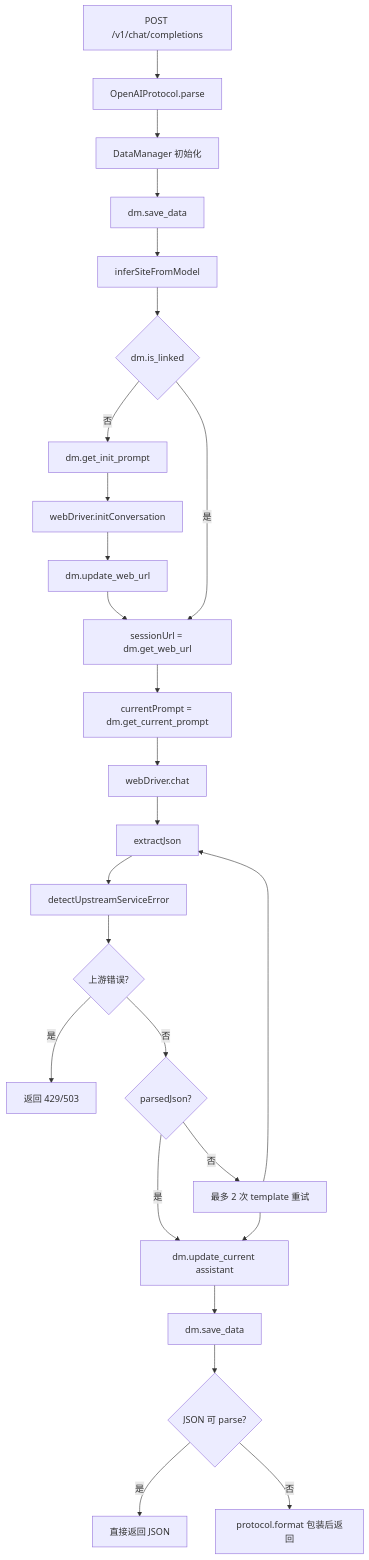
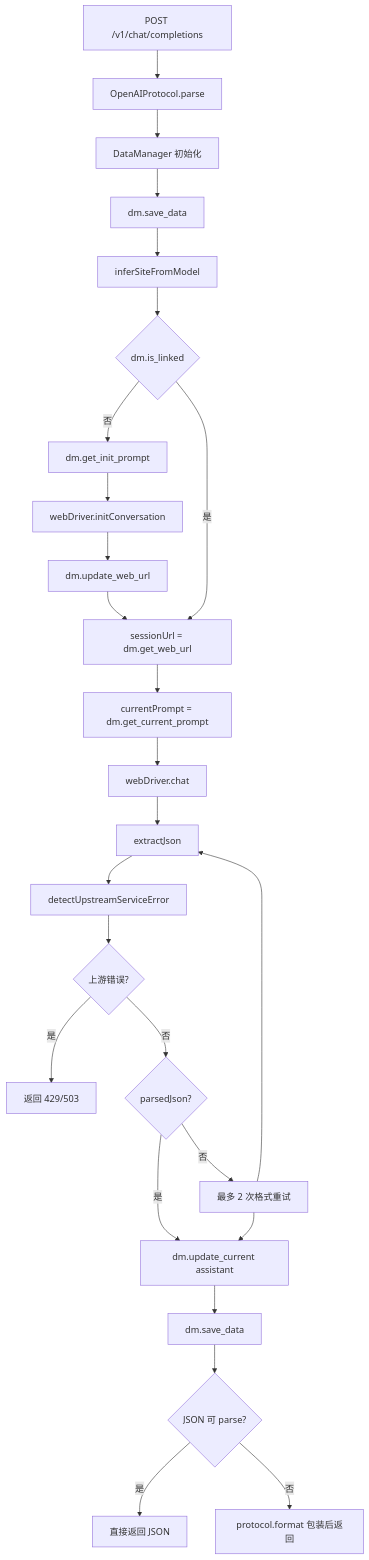
The diagram in docs/controller.md (fgheng/WebClawProxy), drawn with Mermaid before and after one commit. The commit also changed other lines of this file and 1 other file, not shown here.

Commit message:
docs(retry): align retry docs with format-only template

````diff
--- a/docs/controller.md
+++ b/docs/controller.md
@@ -75,34 +75,34 @@
 ```mermaid
 flowchart TD
     A[POST /v1/chat/completions] --> B[OpenAIProtocol.parse]
     B --> C[DataManager 初始化]
     C --> D[dm.save_data]
     D --> E[inferSiteFromModel]
     E --> F{dm.is_linked}
 
     F -- 否 --> G[dm.get_init_prompt]
     G --> H[webDriver.initConversation]
     H --> I[dm.update_web_url]
     I --> J[sessionUrl = dm.get_web_url]
 
     F -- 是 --> J
 
     J --> K[currentPrompt = dm.get_current_prompt]
     K --> L[webDriver.chat]
     L --> M[extractJson]
     M --> N[detectUpstreamServiceError]
     N --> O{上游错误?}
 
     O -- 是 --> P[返回 429/503]
     O -- 否 --> Q{parsedJson?}
 
-    Q -- 否 --> R[最多 2 次 template 重试]
+    Q -- 否 --> R[最多 2 次格式重试]
     R --> M
 
     Q -- 是 --> S[dm.update_current assistant]
     R --> S
     S --> T[dm.save_data]
     T --> U{JSON 可 parse?}
     U -- 是 --> V[直接返回 JSON]
     U -- 否 --> W[protocol.format 包装后返回]
 ```
````
